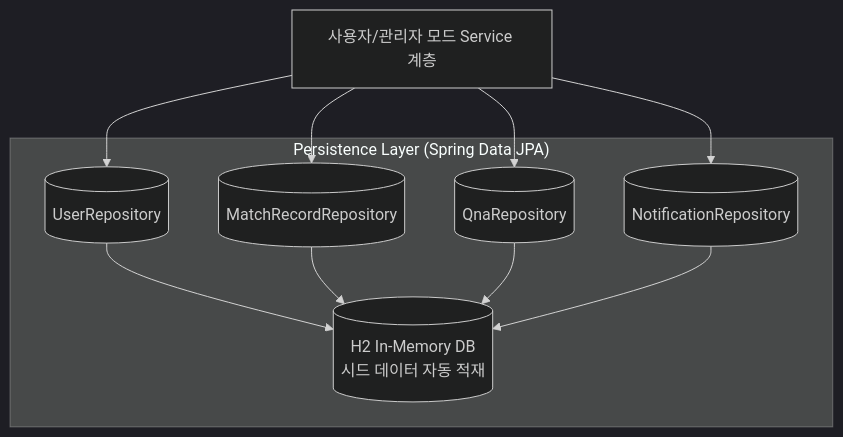
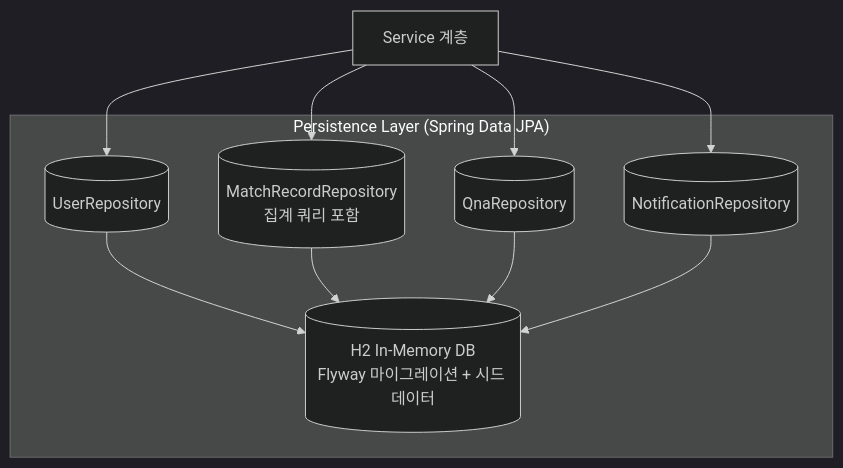
Before and after one commit to hello-pebble/MatchSimulation: the second of 5 diagrams in docs/architecture.md, drawn with Mermaid (dark theme). The commit also changed other lines of this file and 134 other files, not shown here.

````diff
--- a/docs/architecture.md
+++ b/docs/architecture.md
@@ -86,15 +64,15 @@
 ```mermaid
 graph TD
-    SVC[사용자/관리자 모드 Service 계층]
+    SVC[Service 계층]
 
     subgraph "Persistence Layer (Spring Data JPA)"
         UR[(UserRepository)]
-        MR[(MatchRecordRepository)]
+        MR[(MatchRecordRepository<br/>집계 쿼리 포함)]
         QR[(QnaRepository)]
         NR[(NotificationRepository)]
-        H2[(H2 In-Memory DB<br/>시드 데이터 자동 적재)]
+        H2[(H2 In-Memory DB<br/>Flyway 마이그레이션 + 시드 데이터)]
     end
 
     SVC --> UR & MR & QR & NR
     UR & MR & QR & NR --> H2
 ```
````
